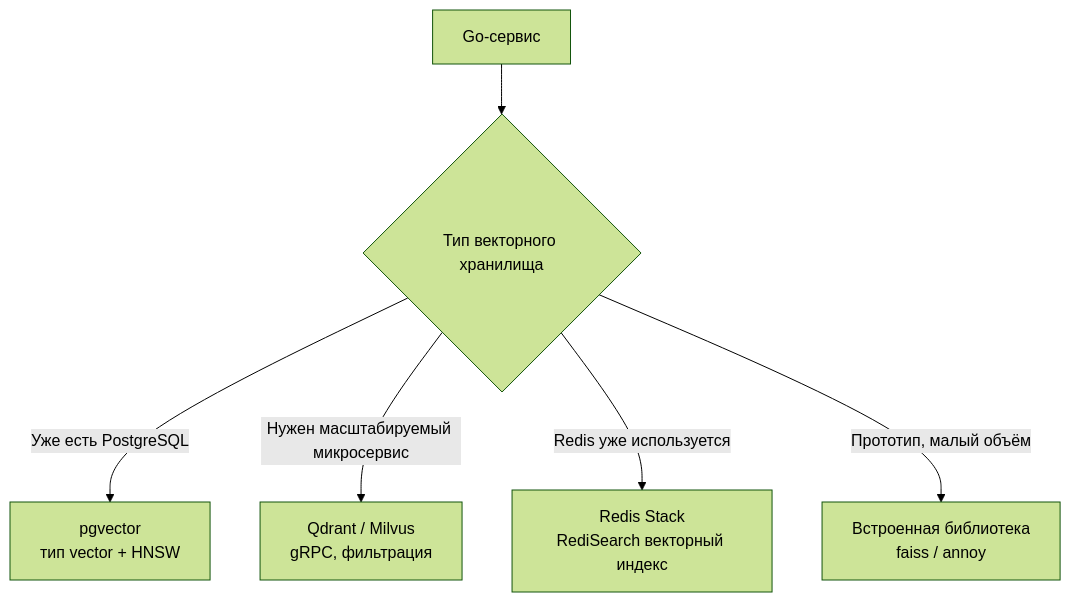
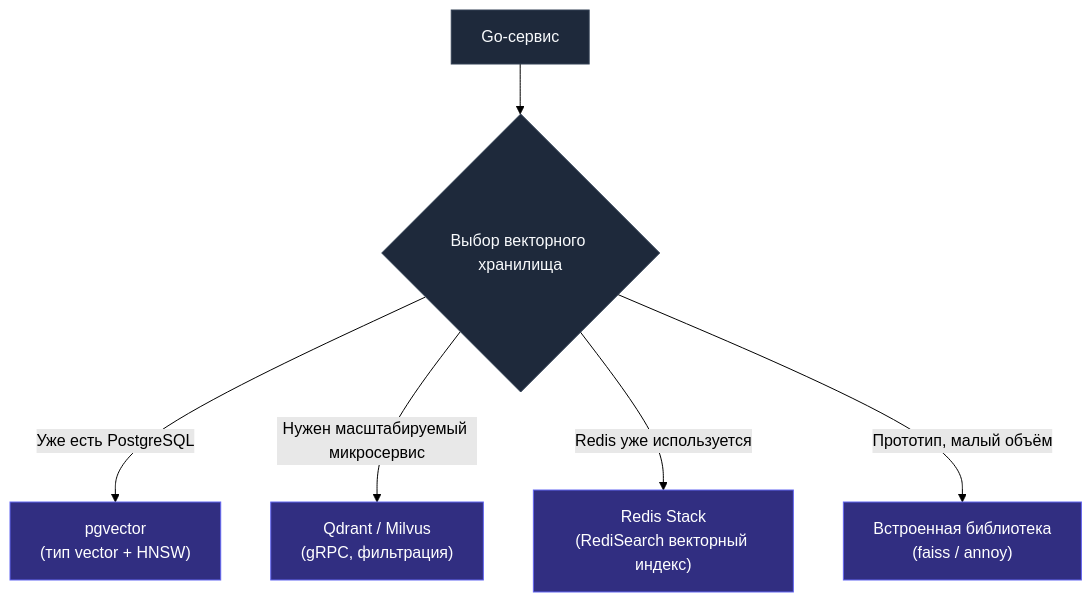
Before and after one commit to UnrealTemplier/go-textbook: the second of 3 diagrams in sources/12. Базы данных/09. NoSQL базы/15. Поиск по embedding и AI use cases.md, drawn with Mermaid (forest theme). The commit also changed other lines of this file, not shown here.

````diff
--- a/sources/12. Базы данных/09. NoSQL базы/15. Поиск по embedding и AI use cases.md
+++ b/sources/12. Базы данных/09. NoSQL базы/15. Поиск по embedding и AI use cases.md
@@ -53,8 +63,12 @@
 ```mermaid
 flowchart TD
-    A["Go-сервис"] --> B{"Тип векторного хранилища"}
-    B -- "Уже есть PostgreSQL" --> C["pgvector<br>тип vector + HNSW"]
-    B -- "Нужен масштабируемый микросервис" --> D["Qdrant / Milvus<br>gRPC, фильтрация"]
-    B -- "Redis уже используется" --> E["Redis Stack<br>RediSearch векторный индекс"]
-    B -- "Прототип, малый объём" --> F["Встроенная библиотека<br>faiss / annoy"]
+    A["Go-сервис"] --> B{"Выбор векторного хранилища"}
+    B -- "Уже есть PostgreSQL" --> C["pgvector<br>(тип vector + HNSW)"]
+    B -- "Нужен масштабируемый микросервис" --> D["Qdrant / Milvus<br>(gRPC, фильтрация)"]
+    B -- "Redis уже используется" --> E["Redis Stack<br>(RediSearch векторный индекс)"]
+    B -- "Прототип, малый объём" --> F["Встроенная библиотека<br>(faiss / annoy)"]
+
+    classDef default fill:#1e293b,stroke:#334155,color:#f8fafc;
+    classDef branch fill:#312e81,stroke:#6366f1,color:#ffffff;
+    class C,D,E,F branch;
 ```
````
